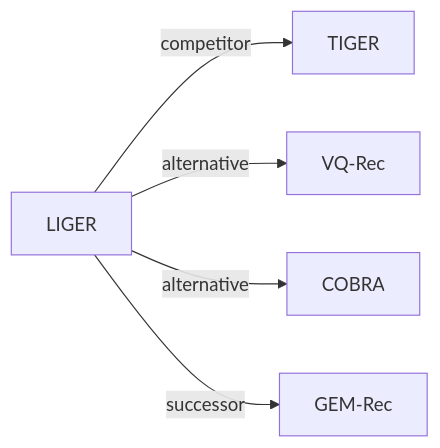
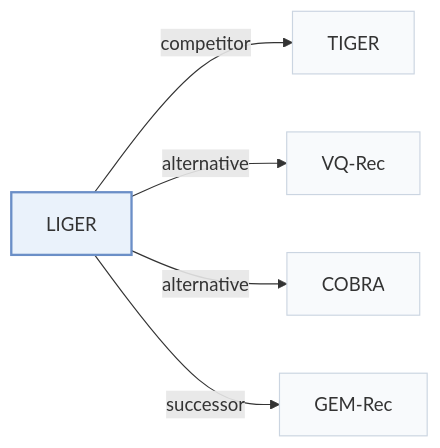
One commit to Galaxy-ghost/Awesome-SID-Generative-Rec changed the third of 3 diagrams in pages/papers/liger.md. Above: the diagram before and after it, drawn with Mermaid. The commit also changed other lines of this file and 649 other files, not shown here.

Commit message:
writer-05: also tags and modality index (schema, check, build, visuals); summary field removed; calibration data for 12 papers

````diff
--- a/pages/papers/liger.md
+++ b/pages/papers/liger.md
@@ -122,8 +139,12 @@
 ```mermaid
 flowchart LR
     P["LIGER"]
-    P -->|competitor| A["TIGER"]
-    P -->|alternative| B["VQ-Rec"]
-    P -->|alternative| C["COBRA"]
-    P -->|successor| D["GEM-Rec"]
+    P -->|"competitor"| A["TIGER"]
+    P -->|"alternative"| B["VQ-Rec"]
+    P -->|"alternative"| C["COBRA"]
+    P -->|"successor"| D["GEM-Rec"]
+    classDef main fill:#eaf2fb,stroke:#6b8fc7,stroke-width:2px
+    classDef peer fill:#f8fafc,stroke:#cbd5e1
+    class P main
+    class A,B,C,D peer
 ```
````
